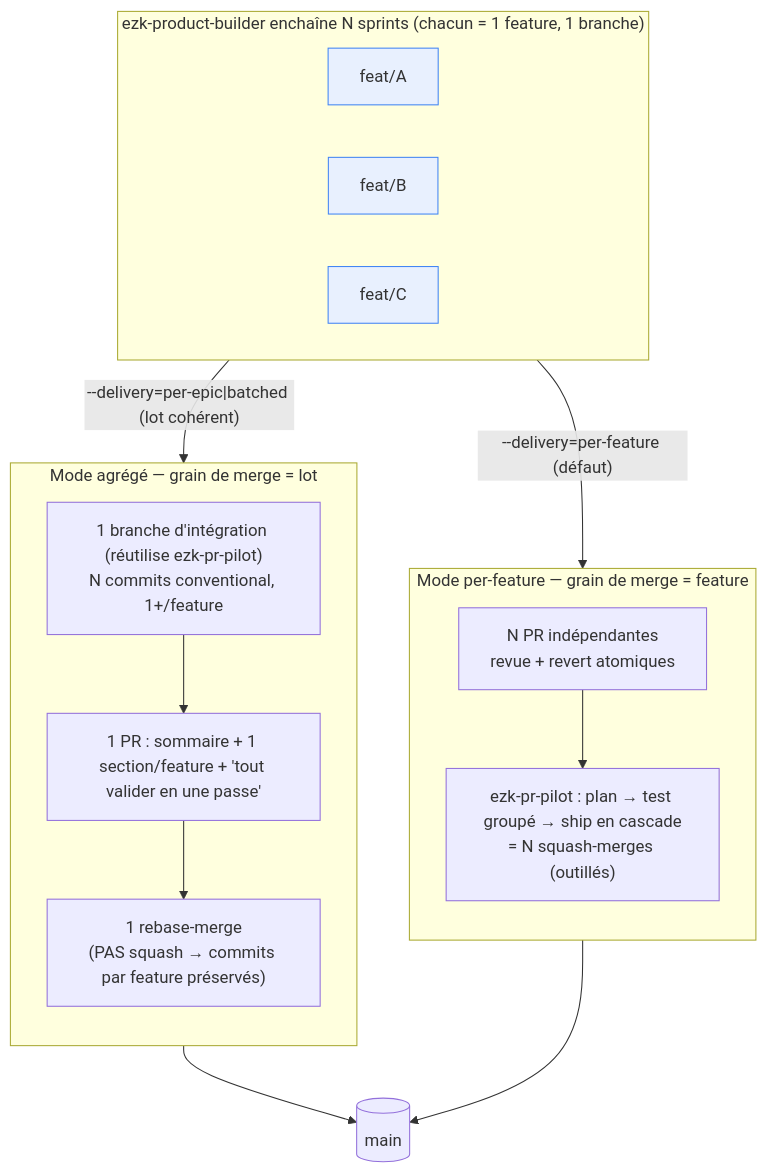
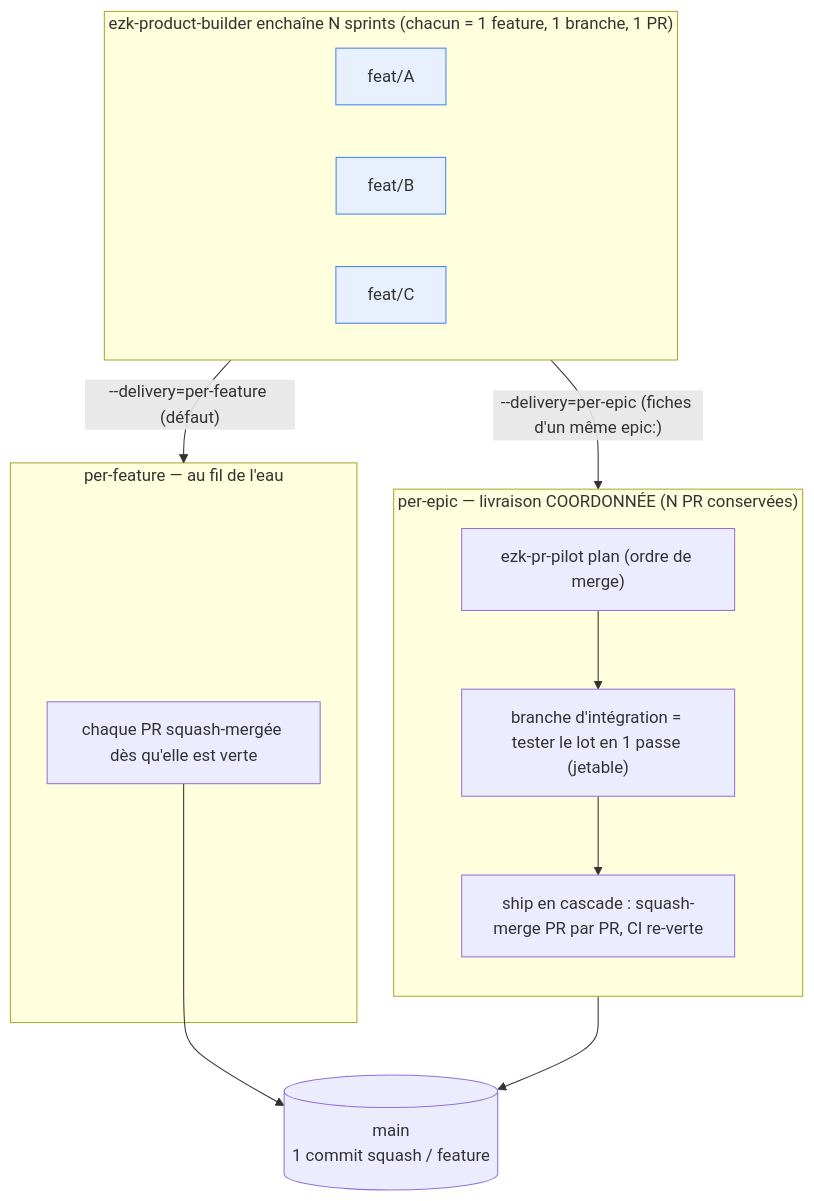
The diagram in docs/adr/ADR-037-grain-merge-separable-du-grain-revue.md (elzinko/vectorz), drawn with Mermaid before and after one commit. The commit also changed other lines of this file and 2 other files, not shown here.

Commit message:
docs(adr): révise ADR-037 post-panel — mode agrégé écarté, réduit au train de merge

````diff
--- a/docs/adr/ADR-037-grain-merge-separable-du-grain-revue.md
+++ b/docs/adr/ADR-037-grain-merge-separable-du-grain-revue.md
@@ -43,26 +53,25 @@
 ```mermaid
 flowchart TB
-    subgraph SPRINTS["ezk-product-builder enchaîne N sprints (chacun = 1 feature, 1 branche)"]
+    subgraph SPRINTS["ezk-product-builder enchaîne N sprints (chacun = 1 feature, 1 branche, 1 PR)"]
         F1["feat/A"]:::feat
         F2["feat/B"]:::feat
         F3["feat/C"]:::feat
     end
 
     SPRINTS -->|"--delivery=per-feature (défaut)"| PF
-    SPRINTS -->|"--delivery=per-epic|batched (lot cohérent)"| BATCH
+    SPRINTS -->|"--delivery=per-epic (fiches d'un même epic:)"| EP
 
-    subgraph PF["Mode per-feature — grain de merge = feature"]
-        direction TB
-        PF1["N PR indépendantes<br/>revue + revert atomiques"] --> PF2["ezk-pr-pilot : plan → test groupé → ship en cascade<br/>= N squash-merges (outillés)"]
+    subgraph PF["per-feature — au fil de l'eau"]
+        PF1["chaque PR squash-mergée dès qu'elle est verte"]
     end
 
-    subgraph BATCH["Mode agrégé — grain de merge = lot"]
+    subgraph EP["per-epic — livraison COORDONNÉE (N PR conservées)"]
         direction TB
-        B1["1 branche d'intégration (réutilise ezk-pr-pilot)<br/>N commits conventional, 1+/feature"] --> B2["1 PR : sommaire + 1 section/feature + 'tout valider en une passe'"] --> B3["1 rebase-merge<br/>(PAS squash → commits par feature préservés)"]
+        EP1["ezk-pr-pilot plan (ordre de merge)"] --> EP2["branche d'intégration = tester le lot en 1 passe (jetable)"] --> EP3["ship en cascade : squash-merge PR par PR, CI re-verte"]
     end
 
-    PF2 --> MAIN[("main")]
-    B3 --> MAIN
+    PF1 --> MAIN[("main<br/>1 commit squash / feature")]
+    EP3 --> MAIN
 
     classDef feat fill:#e8f0fe,stroke:#4285f4;
 ```
````
